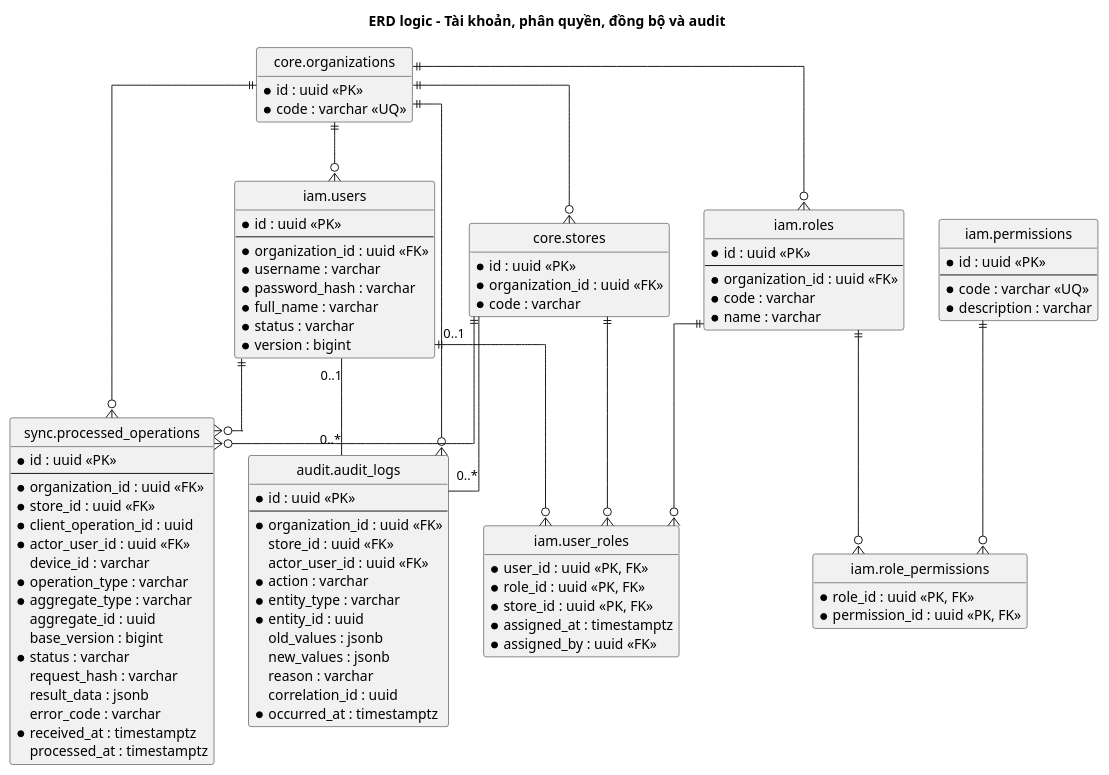
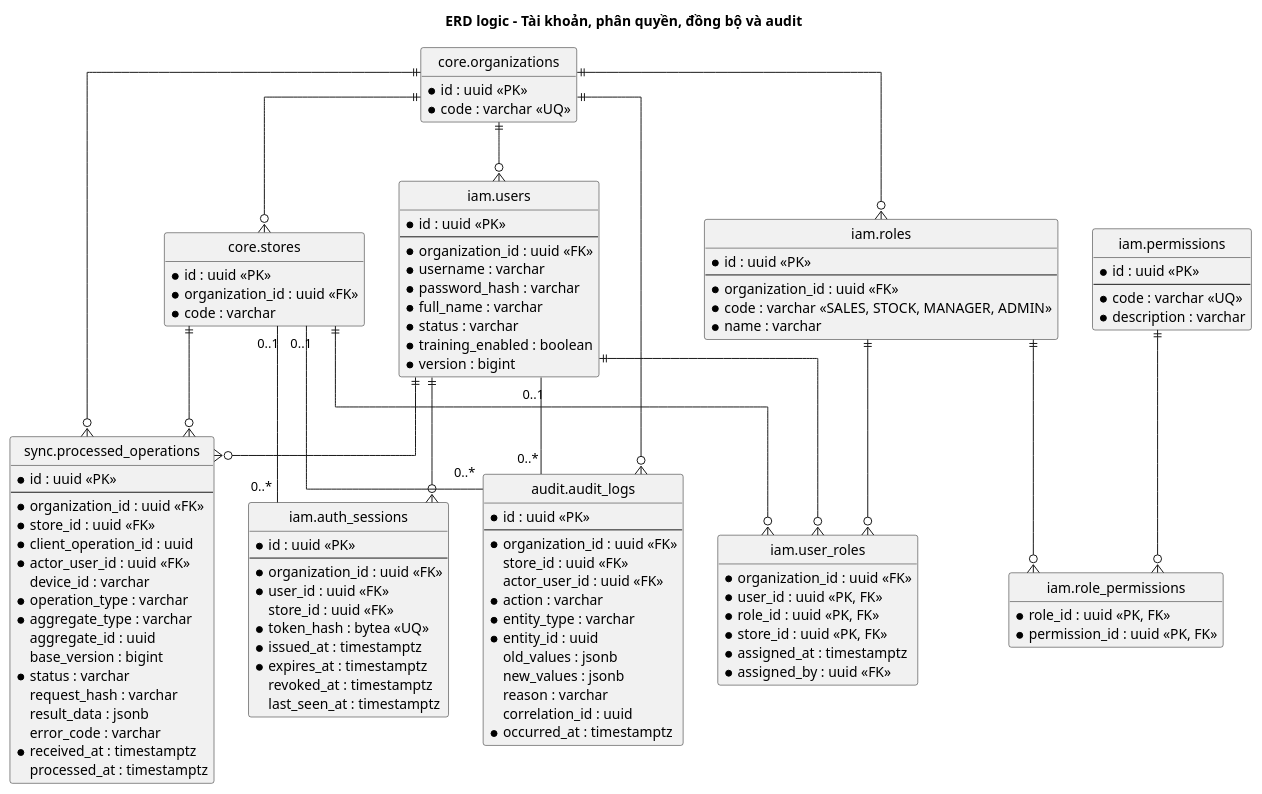
The diagram in docs/architecture/database/erd-security-sync.puml (zomboXx/bach-hoa-sim-tim), drawn with PlantUML before and after one commit. The commit also changed 40 other files, not shown here.

First line of the commit message:
DB-01 / BE-01: schema Sprint 1 và API bootstrap (#11)

```diff
--- a/docs/architecture/database/erd-security-sync.puml
+++ b/docs/architecture/database/erd-security-sync.puml
@@ -1,114 +1,131 @@
 @startuml
 title ERD logic - Tài khoản, phân quyền, đồng bộ và audit
 
 hide circle
 hide methods
 skinparam linetype ortho
 skinparam shadowing false
 skinparam entity {
   BackgroundColor #EAF5FC
   BorderColor #35566F
 }
 
 entity "core.organizations" as organizations {
   * id : uuid <<PK>>
   * code : varchar <<UQ>>
 }
 
 entity "core.stores" as stores {
   * id : uuid <<PK>>
   * organization_id : uuid <<FK>>
   * code : varchar
 }
 
 entity "iam.users" as users {
   * id : uuid <<PK>>
   --
   * organization_id : uuid <<FK>>
   * username : varchar
   * password_hash : varchar
   * full_name : varchar
   * status : varchar
+  * training_enabled : boolean
   * version : bigint
+}
+
+entity "iam.auth_sessions" as auth_sessions {
+  * id : uuid <<PK>>
+  --
+  * organization_id : uuid <<FK>>
+  * user_id : uuid <<FK>>
+  store_id : uuid <<FK>>
+  * token_hash : bytea <<UQ>>
+  * issued_at : timestamptz
+  * expires_at : timestamptz
+  revoked_at : timestamptz
+  last_seen_at : timestamptz
 }
 
 entity "iam.roles" as roles {
   * id : uuid <<PK>>
   --
   * organization_id : uuid <<FK>>
-  * code : varchar
+  * code : varchar <<SALES, STOCK, MANAGER, ADMIN>>
   * name : varchar
 }
 
 entity "iam.permissions" as permissions {
   * id : uuid <<PK>>
   --
   * code : varchar <<UQ>>
   * description : varchar
 }
 
 entity "iam.user_roles" as user_roles {
+  * organization_id : uuid <<FK>>
   * user_id : uuid <<PK, FK>>
   * role_id : uuid <<PK, FK>>
   * store_id : uuid <<PK, FK>>
   * assigned_at : timestamptz
   * assigned_by : uuid <<FK>>
 }
 
 entity "iam.role_permissions" as role_permissions {
   * role_id : uuid <<PK, FK>>
   * permission_id : uuid <<PK, FK>>
 }
 
 entity "sync.processed_operations" as processed_operations {
   * id : uuid <<PK>>
   --
   * organization_id : uuid <<FK>>
   * store_id : uuid <<FK>>
   * client_operation_id : uuid
   * actor_user_id : uuid <<FK>>
   device_id : varchar
   * operation_type : varchar
   * aggregate_type : varchar
   aggregate_id : uuid
   base_version : bigint
   * status : varchar
   request_hash : varchar
   result_data : jsonb
   error_code : varchar
   * received_at : timestamptz
   processed_at : timestamptz
 }
 
 entity "audit.audit_logs" as auditLog {
   * id : uuid <<PK>>
   --
   * organization_id : uuid <<FK>>
   store_id : uuid <<FK>>
   actor_user_id : uuid <<FK>>
   * action : varchar
   * entity_type : varchar
   * entity_id : uuid
   old_values : jsonb
   new_values : jsonb
   reason : varchar
   correlation_id : uuid
   * occurred_at : timestamptz
 }
 
 organizations ||--o{ stores
 organizations ||--o{ users
 organizations ||--o{ roles
+users ||--o{ auth_sessions
+stores "0..1" -- "0..*" auth_sessions
 users ||--o{ user_roles
 roles ||--o{ user_roles
 stores ||--o{ user_roles
 roles ||--o{ role_permissions
 permissions ||--o{ role_permissions
 organizations ||--o{ processed_operations
 stores ||--o{ processed_operations
 users ||--o{ processed_operations
 organizations ||--o{ auditLog
 stores "0..1" -- "0..*" auditLog
 users "0..1" -- "0..*" auditLog
 
 @enduml
```
